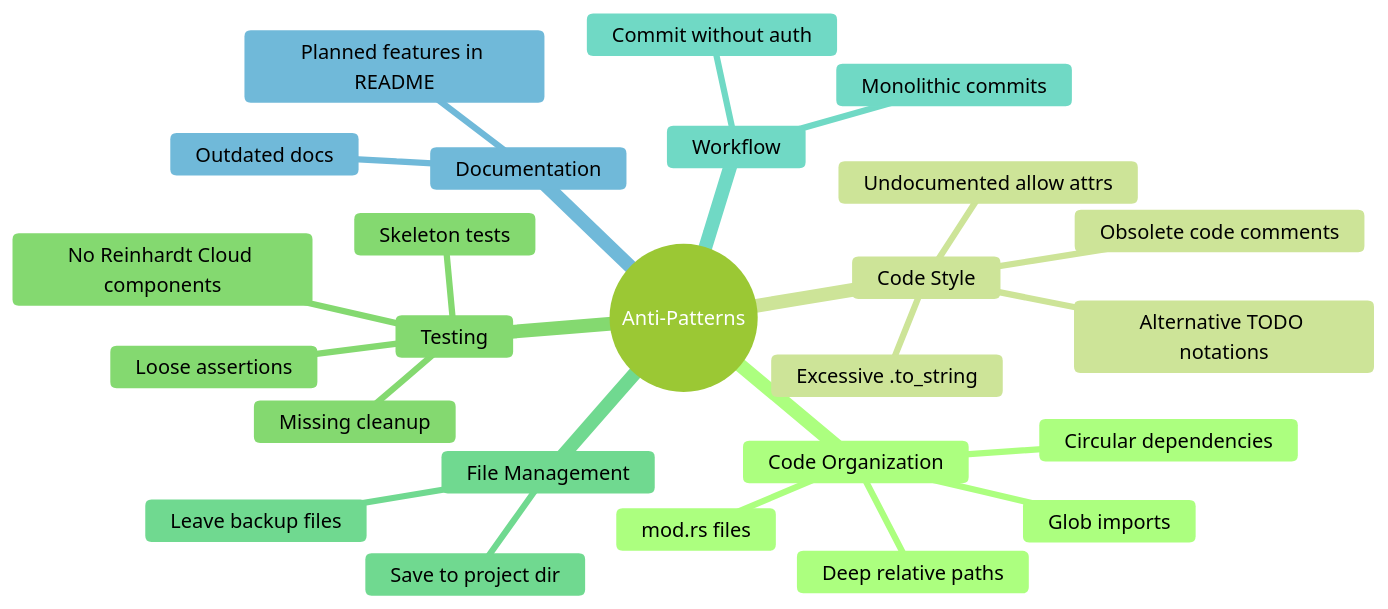
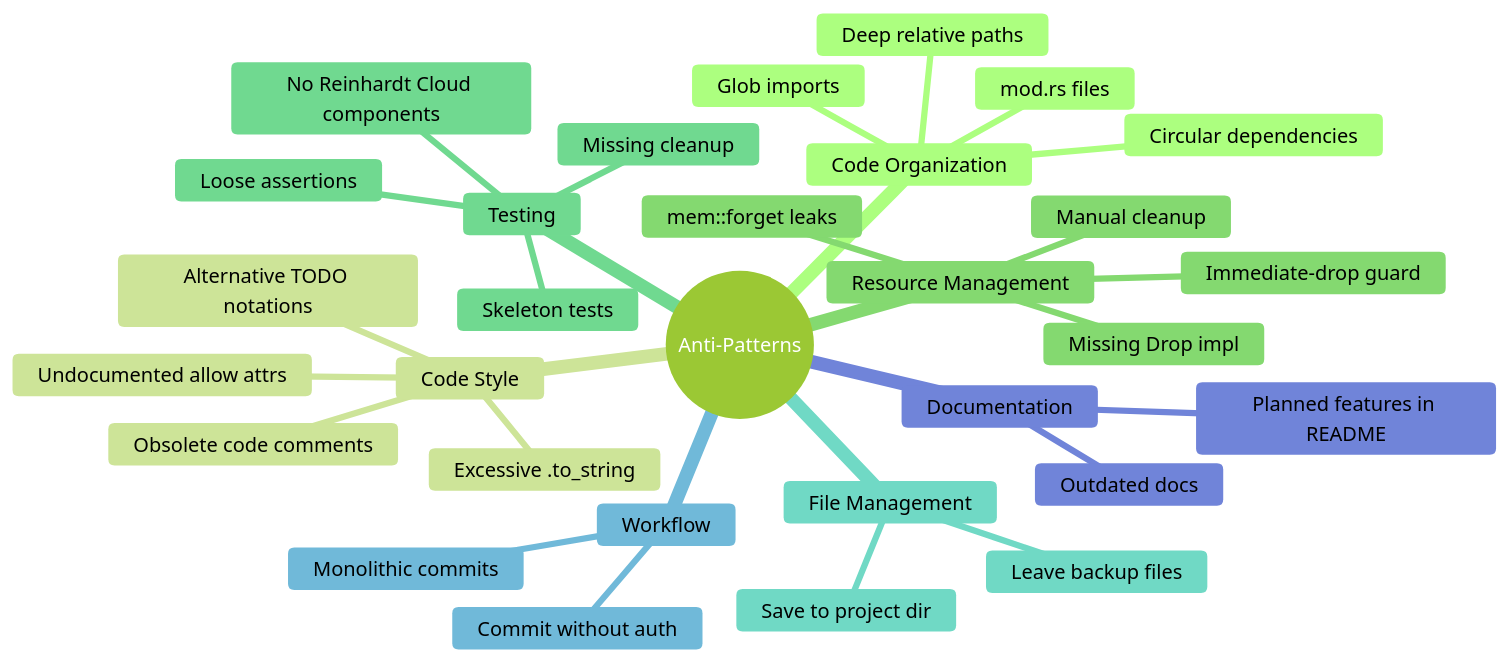
One commit to kent8192/reinhardt-cloud changed the diagram in instructions/ANTI_PATTERNS.md. Above: the diagram before and after it, drawn with Mermaid (forest theme). The commit also changed other lines of this file and 2 other files, not shown here.

First line of the commit message:
docs: mandate RAII pattern for resource management

````diff
--- a/instructions/ANTI_PATTERNS.md
+++ b/instructions/ANTI_PATTERNS.md
@@ -11,28 +11,33 @@
 ```mermaid
 mindmap
   root((Anti-Patterns))
     Code Organization
       mod.rs files
       Glob imports
       Circular dependencies
       Deep relative paths
     Code Style
       Excessive .to_string
       Obsolete code comments
       Alternative TODO notations
       Undocumented allow attrs
+    Resource Management
+      Manual cleanup
+      mem::forget leaks
+      Immediate-drop guard
+      Missing Drop impl
     Testing
       Skeleton tests
       No Reinhardt Cloud components
       Missing cleanup
       Loose assertions
     File Management
       Save to project dir
       Leave backup files
     Workflow
       Commit without auth
       Monolithic commits
     Documentation
       Outdated docs
       Planned features in README
 ```
````
